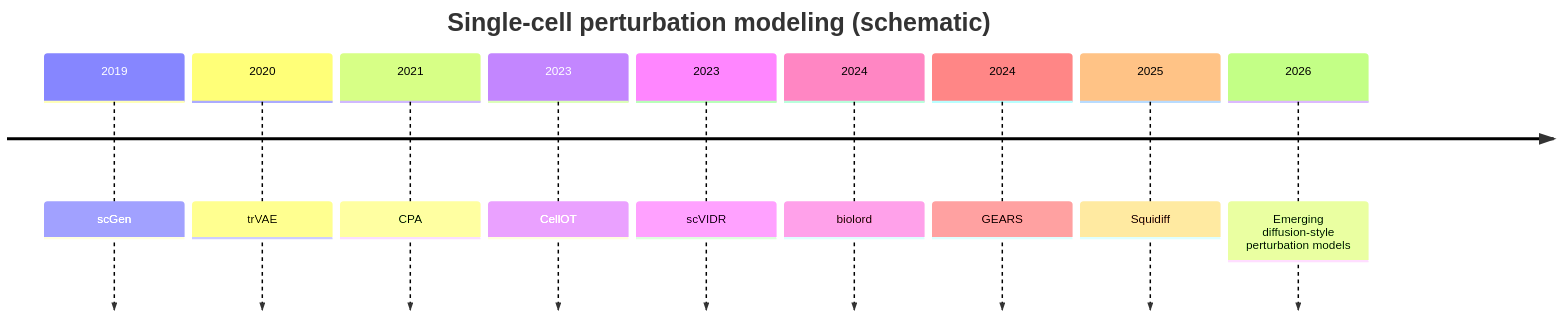
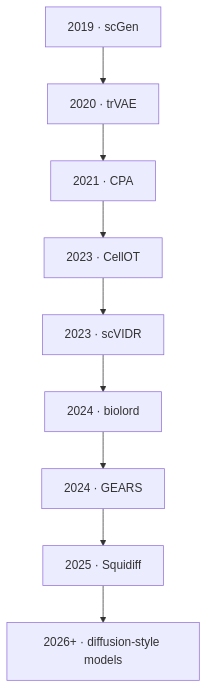
One commit to adrian-mingxuancao/adrian-blog changed the second of 3 diagrams in blog-posts/squidiff-single-cell-diffusion-perturbation.qmd. Above: the diagram before and after it, drawn with Mermaid. The commit also changed other lines of this file and 5 other files, not shown here.

````diff
--- a/blog-posts/squidiff-single-cell-diffusion-perturbation.qmd
+++ b/blog-posts/squidiff-single-cell-diffusion-perturbation.qmd
@@ -212,13 +215,15 @@
 ```{mermaid}
-timeline
-  title Single-cell perturbation modeling (schematic)
-  2019 : scGen
-  2020 : trVAE
-  2021 : CPA
-  2023 : CellOT
-  2023 : scVIDR
-  2024 : biolord
-  2024 : GEARS
-  2025 : Squidiff
-  2026 : Emerging diffusion-style perturbation models
+%%| fig-width: 8
+flowchart TB
+  y2019["2019 · scGen"]
+  y2020["2020 · trVAE"]
+  y2021["2021 · CPA"]
+  y2023a["2023 · CellOT"]
+  y2023b["2023 · scVIDR"]
+  y2024a["2024 · biolord"]
+  y2024b["2024 · GEARS"]
+  y2025["2025 · Squidiff"]
+  y2026["2026+ · diffusion-style models"]
+  y2019 --> y2020 --> y2021 --> y2023a
+  y2023a --> y2023b --> y2024a --> y2024b --> y2025 --> y2026
 ```
````
